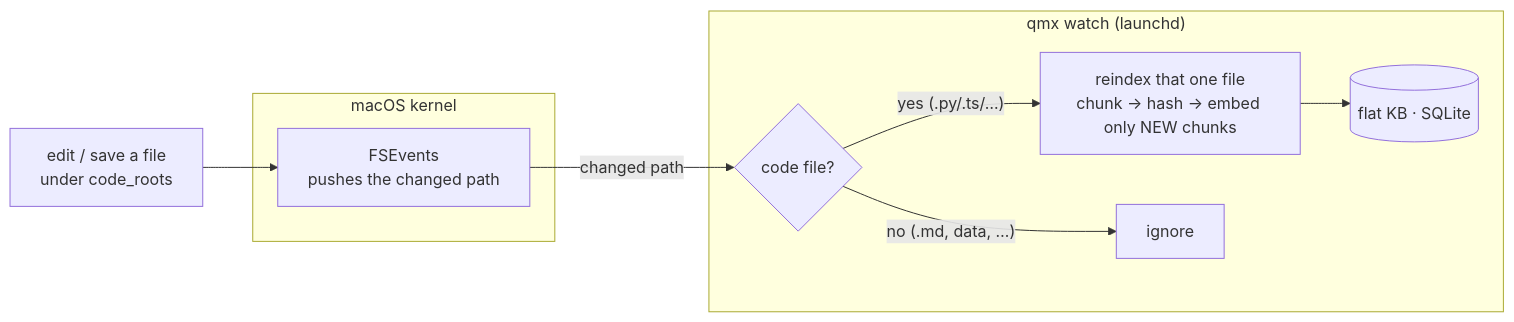
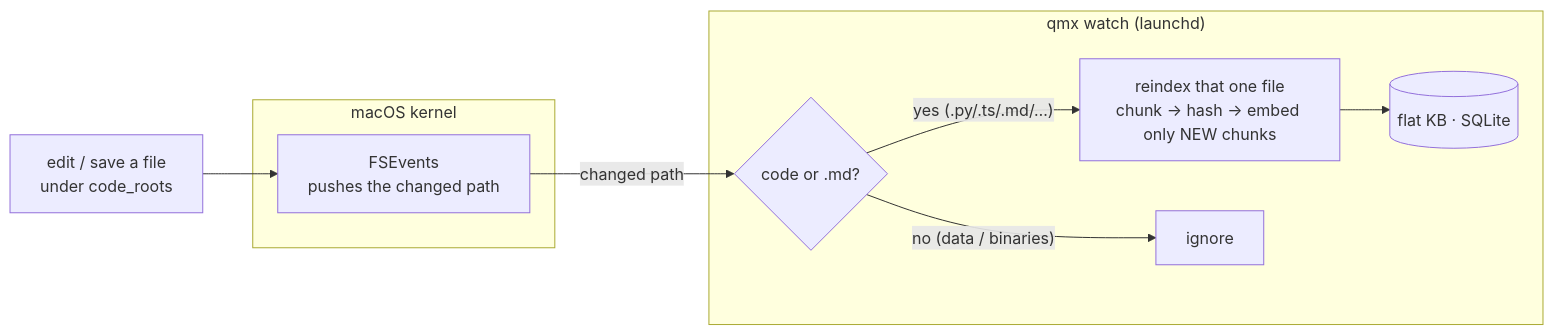
One commit to the-dsvolk/qmx changed the fourth of 5 diagrams in README.md. Above: the diagram before and after it, drawn with Mermaid. The commit also changed other lines of this file and 5 other files, not shown here.

````diff
--- a/README.md
+++ b/README.md
@@ -103,17 +104,17 @@
 ```mermaid
 flowchart LR
   SAVE["edit / save a file<br/>under code_roots"]
   subgraph OS["macOS kernel"]
     FSE["FSEvents<br/>pushes the changed path"]
   end
   subgraph W["qmx watch (launchd)"]
-    H{"code file?"}
+    H{"code or .md?"}
     RI["reindex that one file<br/>chunk → hash → embed only NEW chunks"]
     IGN["ignore"]
     DB[("flat KB · SQLite")]
   end
   SAVE --> FSE
   FSE -- "changed path" --> H
-  H -- "yes (.py/.ts/…)" --> RI --> DB
-  H -- "no (.md, data, …)" --> IGN
+  H -- "yes (.py/.ts/.md/…)" --> RI --> DB
+  H -- "no (data / binaries)" --> IGN
 ```
````
